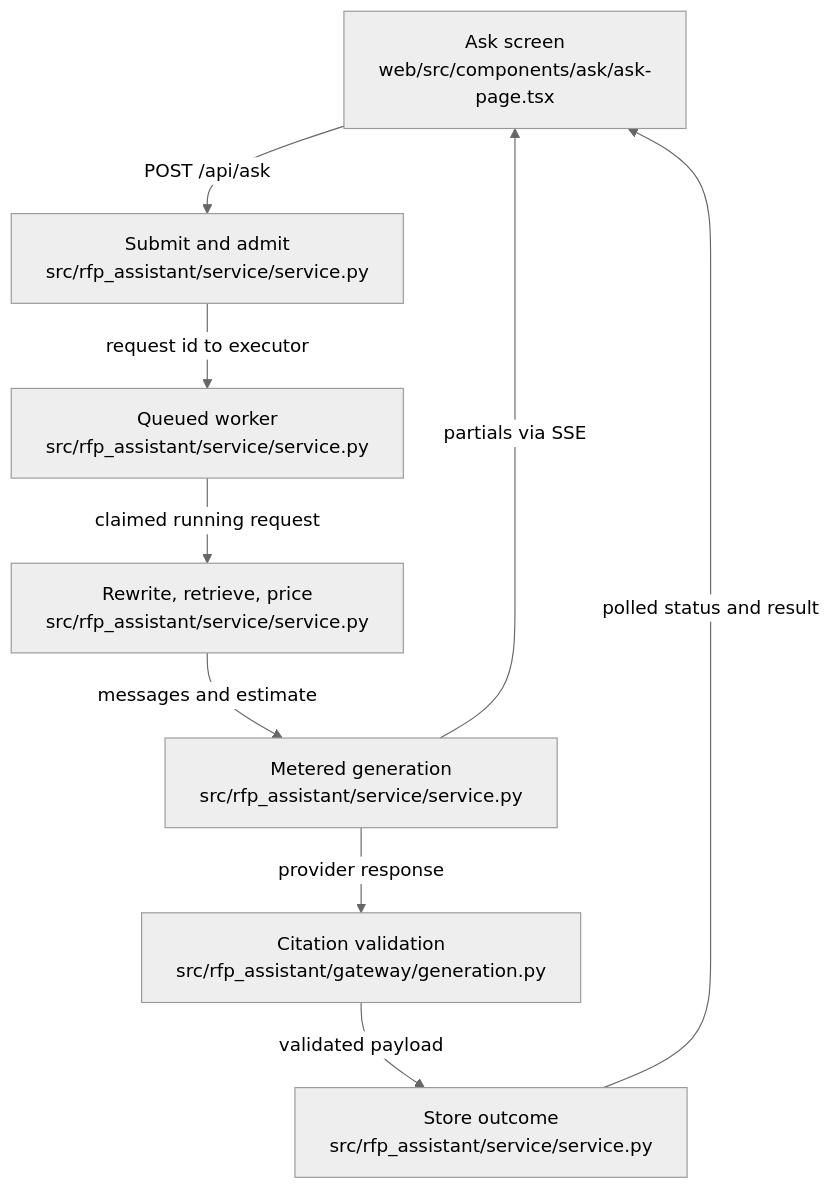
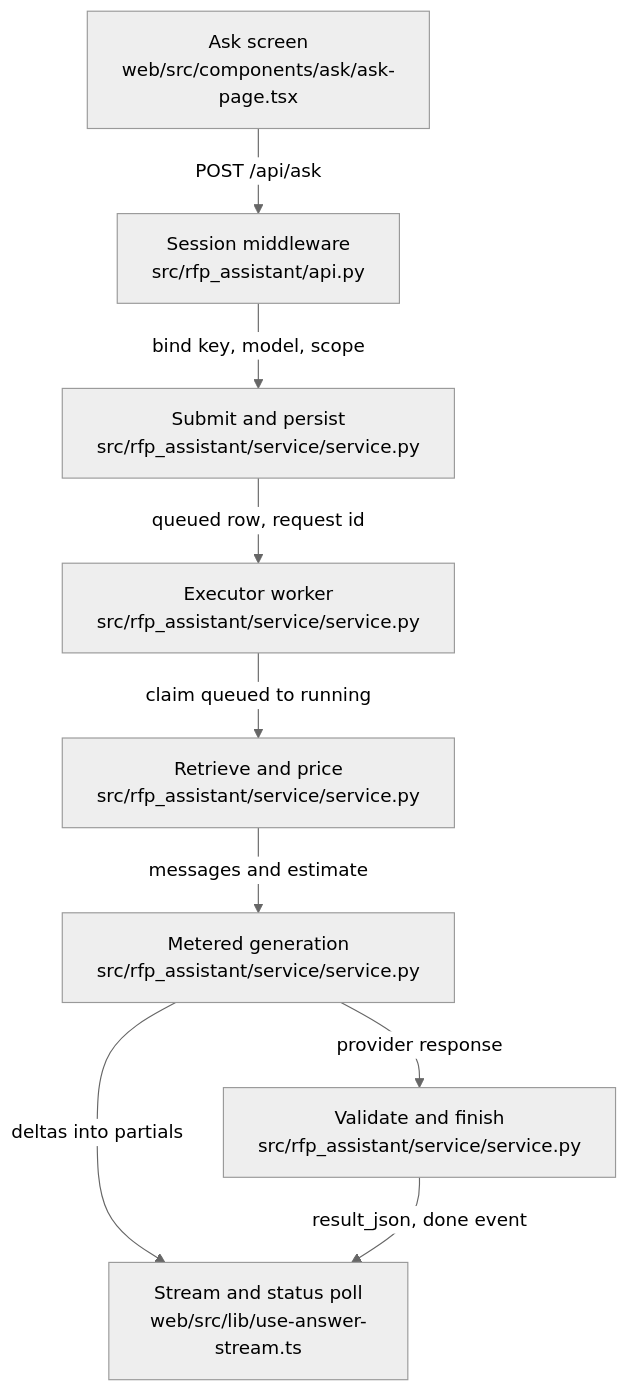
Before and after one commit to littleeeeebit/project-codeit-mid: the diagram in .omm/request-lifecycle/diagram.mmd, drawn with Mermaid (neutral theme). The commit also changed 437 other files, not shown here.

```diff
--- a/.omm/request-lifecycle/diagram.mmd
+++ b/.omm/request-lifecycle/diagram.mmd
@@ -1,16 +1,17 @@
 graph TD
-  ask["Ask screen\nweb/src/components/ask/ask-page.tsx"]
-  admit["Submit and admit\nsrc/rfp_assistant/service/service.py"]
-  worker["Queued worker\nsrc/rfp_assistant/service/service.py"]
-  prepare["Rewrite, retrieve, price\nsrc/rfp_assistant/service/service.py"]
-  generate["Metered generation\nsrc/rfp_assistant/service/service.py"]
-  validate["Citation validation\nsrc/rfp_assistant/gateway/generation.py"]
-  finish["Store outcome\nsrc/rfp_assistant/service/service.py"]
-  ask -->|POST /api/ask| admit
-  admit -->|request id to executor| worker
-  worker -->|claimed running request| prepare
-  prepare -->|messages and estimate| generate
-  generate -->|partials via SSE| ask
-  generate -->|provider response| validate
-  validate -->|validated payload| finish
-  finish -->|polled status and result| ask
+  ask-screen["Ask screen\nweb/src/components/ask/ask-page.tsx"]
+  session-gate["Session middleware\nsrc/rfp_assistant/api.py"]
+  submit-answer["Submit and persist\nsrc/rfp_assistant/service/service.py"]
+  worker-thread["Executor worker\nsrc/rfp_assistant/service/service.py"]
+  retrieval-stage["Retrieve and price\nsrc/rfp_assistant/service/service.py"]
+  generation-stage["Metered generation\nsrc/rfp_assistant/service/service.py"]
+  finish-record["Validate and finish\nsrc/rfp_assistant/service/service.py"]
+  stream-poll["Stream and status poll\nweb/src/lib/use-answer-stream.ts"]
+  ask-screen -->|POST /api/ask| session-gate
+  session-gate -->|bind key, model, scope| submit-answer
+  submit-answer -->|queued row, request id| worker-thread
+  worker-thread -->|claim queued to running| retrieval-stage
+  retrieval-stage -->|messages and estimate| generation-stage
+  generation-stage -->|deltas into partials| stream-poll
+  generation-stage -->|provider response| finish-record
+  finish-record -->|result_json, done event| stream-poll
```
